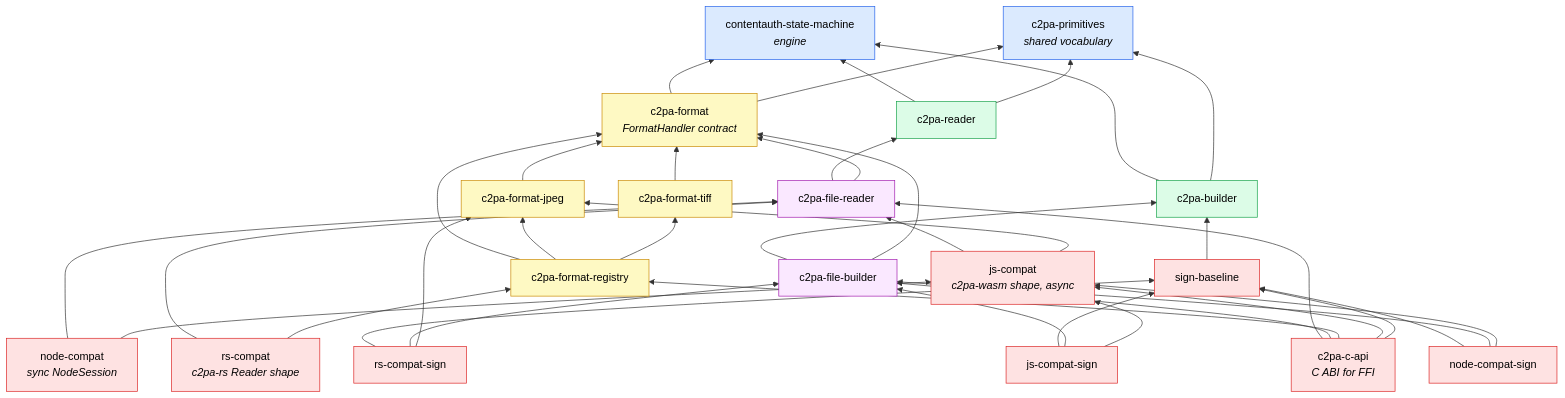
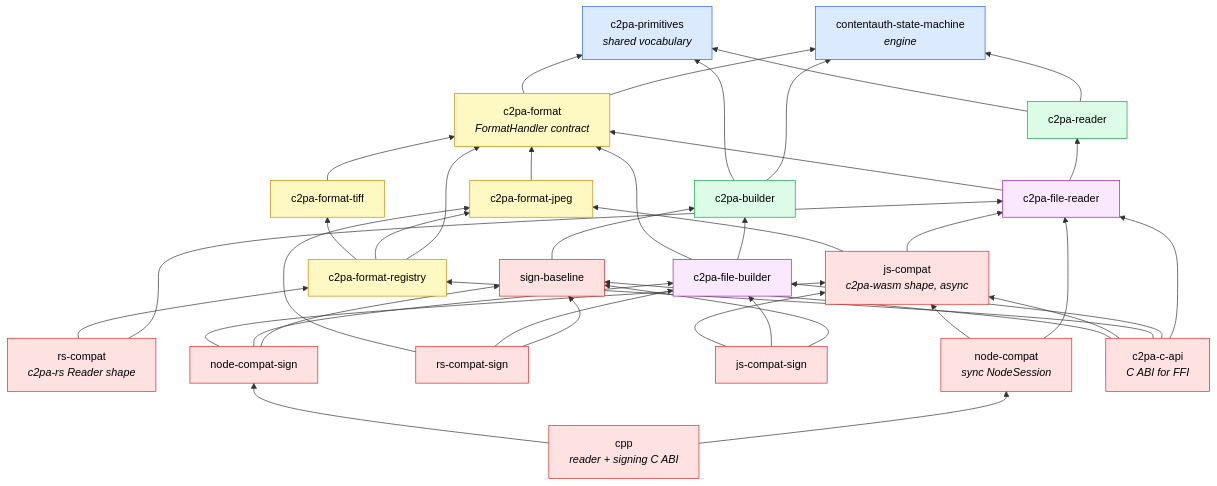
The first of 2 diagrams in docs/walkthrough/02-architecture.md (scouten/state-machine-experiment), drawn with Mermaid before and after one commit. The commit also changed other lines of this file and 39 other files, not shown here.

````diff
--- a/docs/walkthrough/02-architecture.md
+++ b/docs/walkthrough/02-architecture.md
@@ -11,54 +11,56 @@
 ```mermaid
 flowchart BT
     SM["contentauth-state-machine<br/><i>engine</i>"]
     PR["c2pa-primitives<br/><i>shared vocabulary</i>"]
 
     RD["c2pa-reader"]
     BD["c2pa-builder"]
     FM["c2pa-format<br/><i>FormatHandler contract</i>"]
 
     JP["c2pa-format-jpeg"]
     TF["c2pa-format-tiff"]
     RG["c2pa-format-registry"]
 
     FR["c2pa-file-reader"]
     FB["c2pa-file-builder"]
 
     RSC["rs-compat<br/><i>c2pa-rs Reader shape</i>"]
     JSC["js-compat<br/><i>c2pa-wasm shape, async</i>"]
     NDC["node-compat<br/><i>sync NodeSession</i>"]
+    CPP["cpp<br/><i>reader + signing C ABI</i>"]
 
     SB["sign-baseline"]
     RSS["rs-compat-sign"]
     JSS["js-compat-sign"]
     NDS["node-compat-sign"]
     CAPI["c2pa-c-api<br/><i>C ABI for FFI</i>"]
 
     RD --> SM & PR
     BD --> SM & PR
     FM --> SM & PR
     JP --> FM
     TF --> FM
     RG --> FM & JP & TF
     FR --> RD & FM
     FB --> BD & FM
     RSC --> FR & RG
     JSC --> FR & JP
     NDC --> FR & JSC
     SB --> BD
     RSS --> SB & FB & JP
     JSS --> SB & FB & JSC
     NDS --> SB & FB & JSC
+    CPP --> NDC & NDS
     CAPI --> FR & FB & RG & JSC & SB
 
     classDef engine fill:#dbeafe,stroke:#2563eb,color:#000
     classDef core fill:#dcfce7,stroke:#16a34a,color:#000
     classDef fmt fill:#fef9c3,stroke:#ca8a04,color:#000
     classDef glue fill:#fae8ff,stroke:#a21caf,color:#000
     classDef bind fill:#fee2e2,stroke:#dc2626,color:#000
     class SM,PR engine
     class RD,BD core
     class FM,JP,TF,RG fmt
     class FR,FB glue
-    class RSC,JSC,NDC,SB,RSS,JSS,NDS,CAPI bind
+    class RSC,JSC,NDC,CPP,SB,RSS,JSS,NDS,CAPI bind
 ```
````
